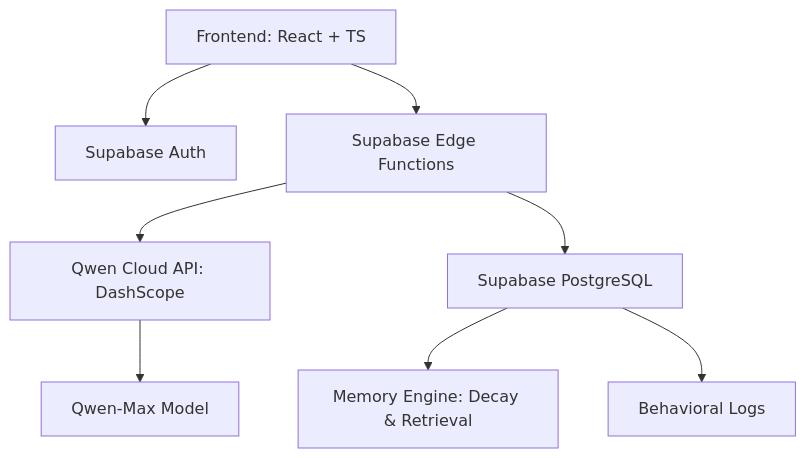
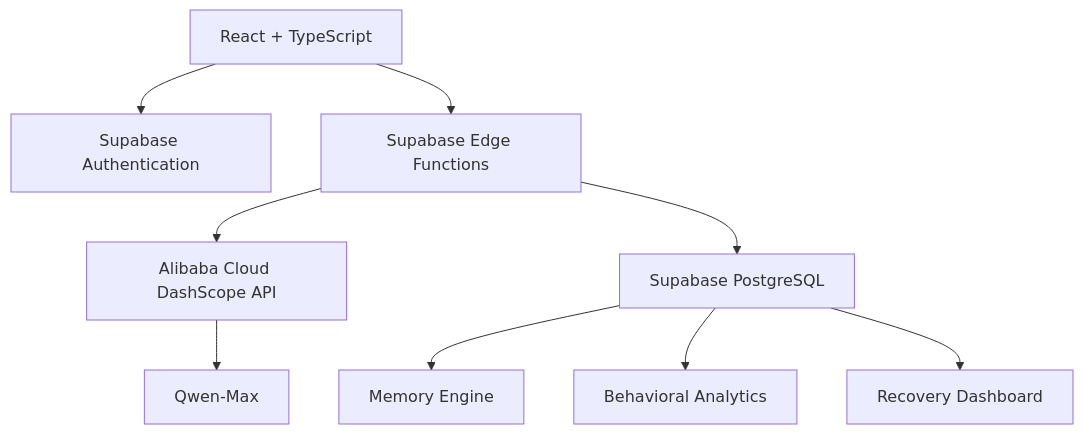
The diagram in README.md (Ainfiniti01/Anchor), drawn with Mermaid before and after one commit. The commit also changed other lines of this file, not shown here.

````diff
--- a/README.md
+++ b/README.md
@@ -16,10 +86,11 @@
 ```mermaid
 graph TD
-    A[Frontend: React + TS] --> B[Supabase Auth]
-    A --> C[Supabase Edge Functions]
-    C --> D[Qwen Cloud API: DashScope]
-    D --> E[Qwen-Max Model]
-    C --> F[Supabase PostgreSQL]
-    F --> G[Memory Engine: Decay & Retrieval]
-    F --> H[Behavioral Logs]
+A[React + TypeScript] --> B[Supabase Authentication]
+A --> C[Supabase Edge Functions]
+C --> D[Alibaba Cloud DashScope API]
+D --> E[Qwen-Max]
+C --> F[Supabase PostgreSQL]
+F --> G[Memory Engine]
+F --> H[Behavioral Analytics]
+F --> I[Recovery Dashboard]
 ```
````
